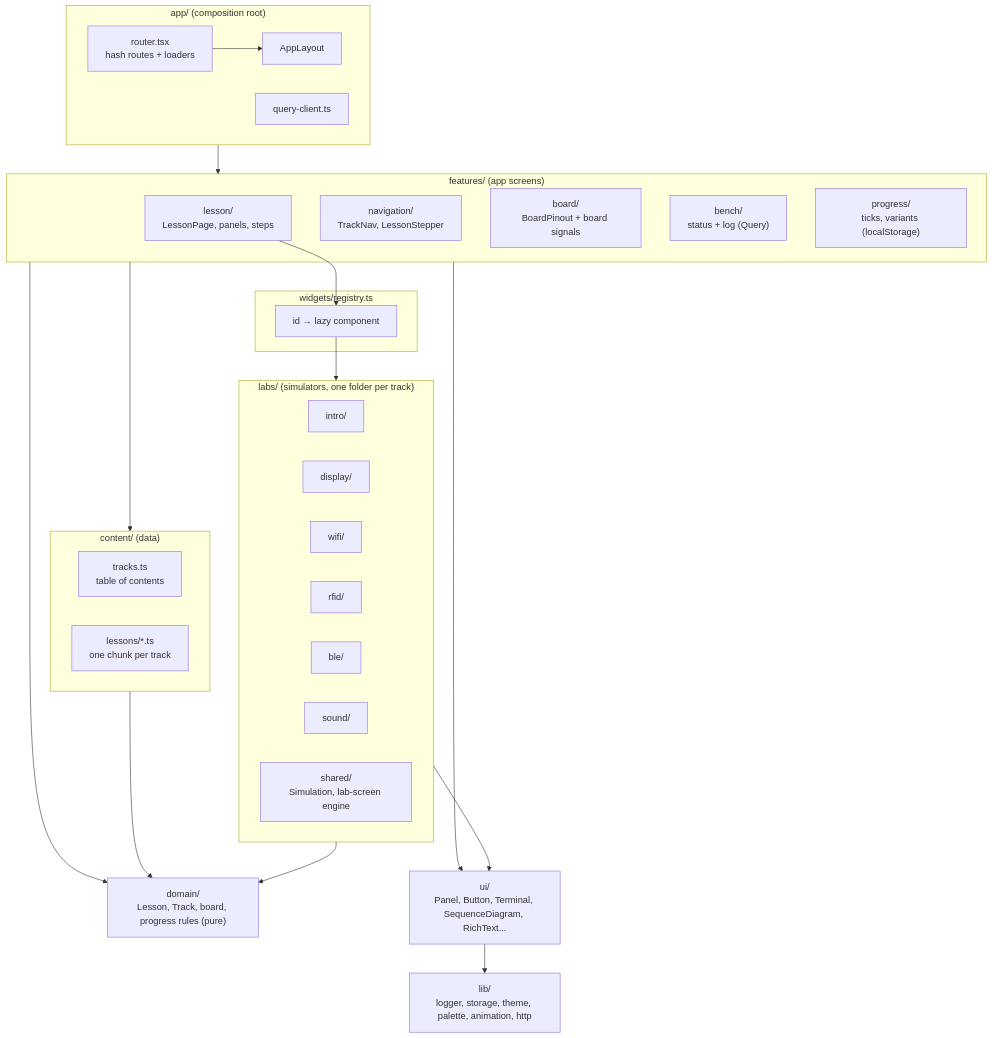
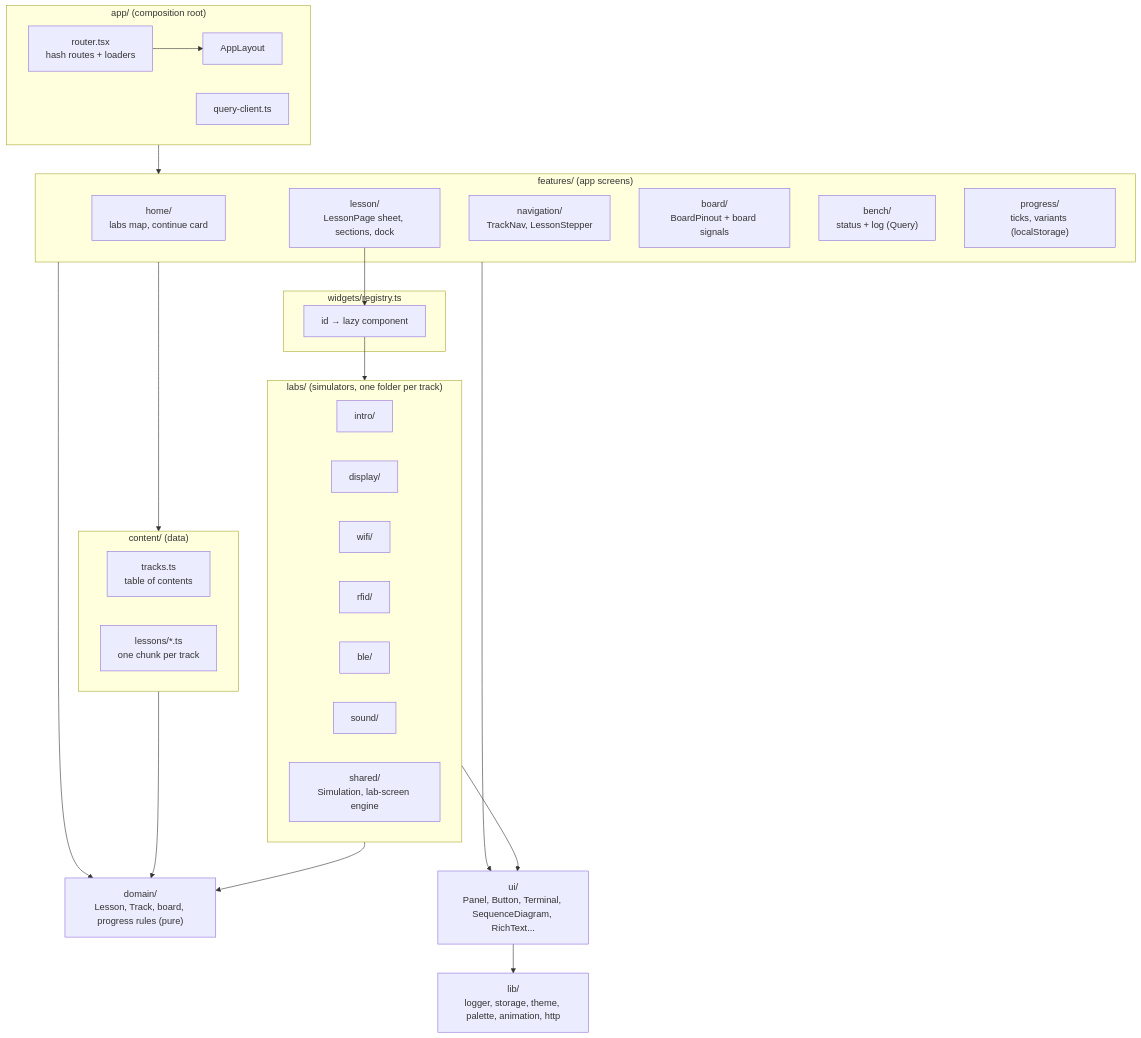
The first of 5 diagrams in docs/ARCHITECTURE.md (Cesarbautista10/esp-labs-web), drawn with Mermaid before and after one commit. The commit also changed other lines of this file and 109 other files, not shown here.

````diff
--- a/docs/ARCHITECTURE.md
+++ b/docs/ARCHITECTURE.md
@@ -19,33 +19,34 @@
 ```mermaid
 flowchart TB
   subgraph app["app/ (composition root)"]
     router["router.tsx<br/>hash routes + loaders"] --> layout["AppLayout"]
     qc["query-client.ts"]
   end
   subgraph features["features/ (app screens)"]
-    lesson["lesson/<br/>LessonPage, panels, steps"]
+    home["home/<br/>labs map, continue card"]
+    lesson["lesson/<br/>LessonPage sheet, sections, dock"]
     nav["navigation/<br/>TrackNav, LessonStepper"]
     board["board/<br/>BoardPinout + board signals"]
     bench["bench/<br/>status + log (Query)"]
     progress["progress/<br/>ticks, variants (localStorage)"]
   end
   subgraph content["content/ (data)"]
     tracks["tracks.ts<br/>table of contents"]
     lessons["lessons/*.ts<br/>one chunk per track"]
   end
   subgraph widgets["widgets/registry.ts"]
     reg["id → lazy component"]
   end
   subgraph labs["labs/ (simulators, one folder per track)"]
     intro["intro/"] & display["display/"] & wifi["wifi/"] & rfid["rfid/"] & ble["ble/"] & sound["sound/"]
     shared["shared/<br/>Simulation, lab-screen engine"]
   end
   domain["domain/<br/>Lesson, Track, board, progress rules (pure)"]
   ui["ui/<br/>Panel, Button, Terminal, SequenceDiagram, RichText..."]
   lib["lib/<br/>logger, storage, theme, palette, animation, http"]
 
   app --> features --> content
   lesson --> reg --> labs
   features & labs --> ui --> lib
   features & content & labs --> domain
 ```
````
